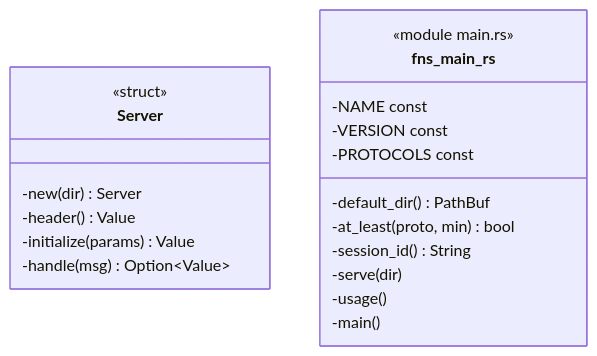
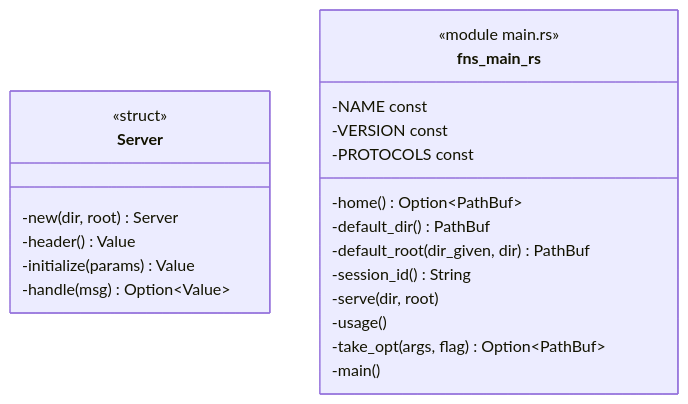
Before and after one commit to p-j-r/nyx: the diagram in docs/architecture/c4/4-code/mcp/protocol.md, drawn with Mermaid. The commit also changed other lines of this file and 93 other files, not shown here.

````diff
--- a/docs/architecture/c4/4-code/mcp/protocol.md
+++ b/docs/architecture/c4/4-code/mcp/protocol.md
@@ -30,22 +30,24 @@
 ```mermaid
 classDiagram
   class Server {
       <<struct>>
-      -new(dir) Server
+      -new(dir, root) Server
       -header() Value
       -initialize(params) Value
       -handle(msg) Option~Value~
   }
   class fns_main_rs {
       <<module main.rs>>
+      -home() Option~PathBuf~
       -default_dir() PathBuf
-      -at_least(proto, min) bool
+      -default_root(dir_given, dir) PathBuf
       -session_id() String
-      -serve(dir)
+      -serve(dir, root)
       -usage()
+      -take_opt(args, flag) Option~PathBuf~
       -main()
       -NAME const
       -VERSION const
       -PROTOCOLS const
   }
 ```
````
